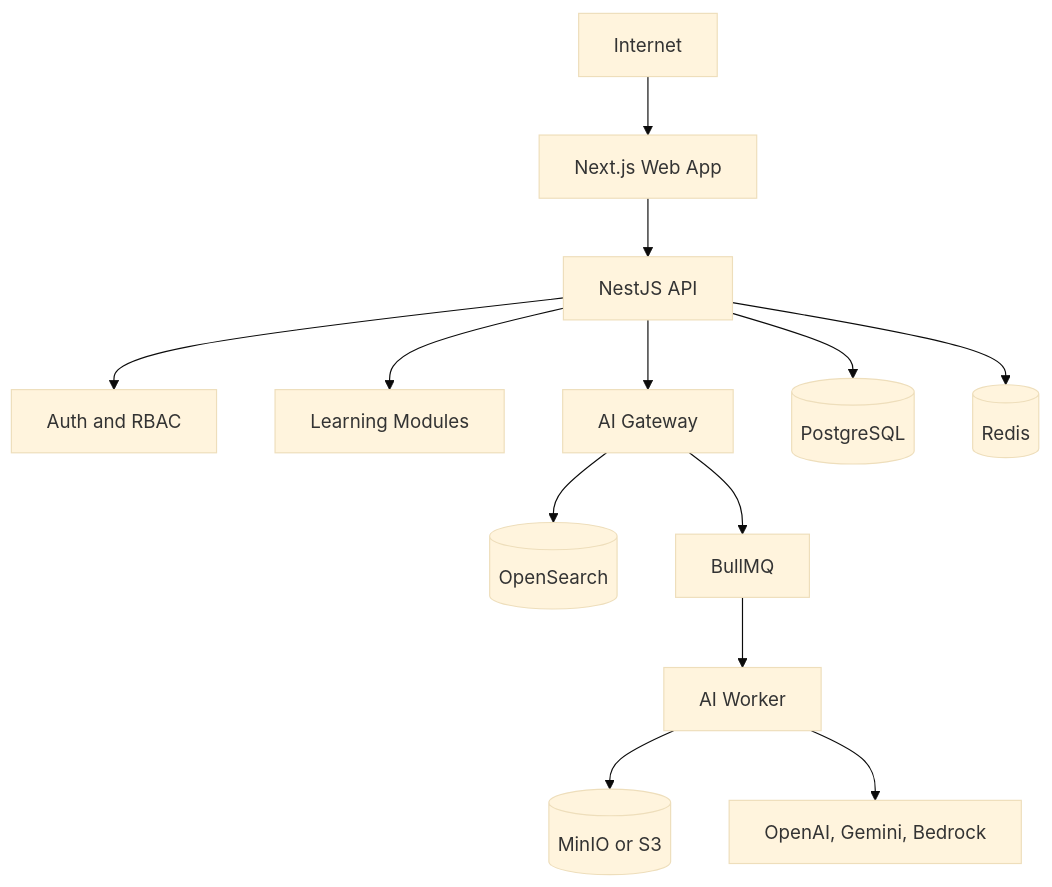
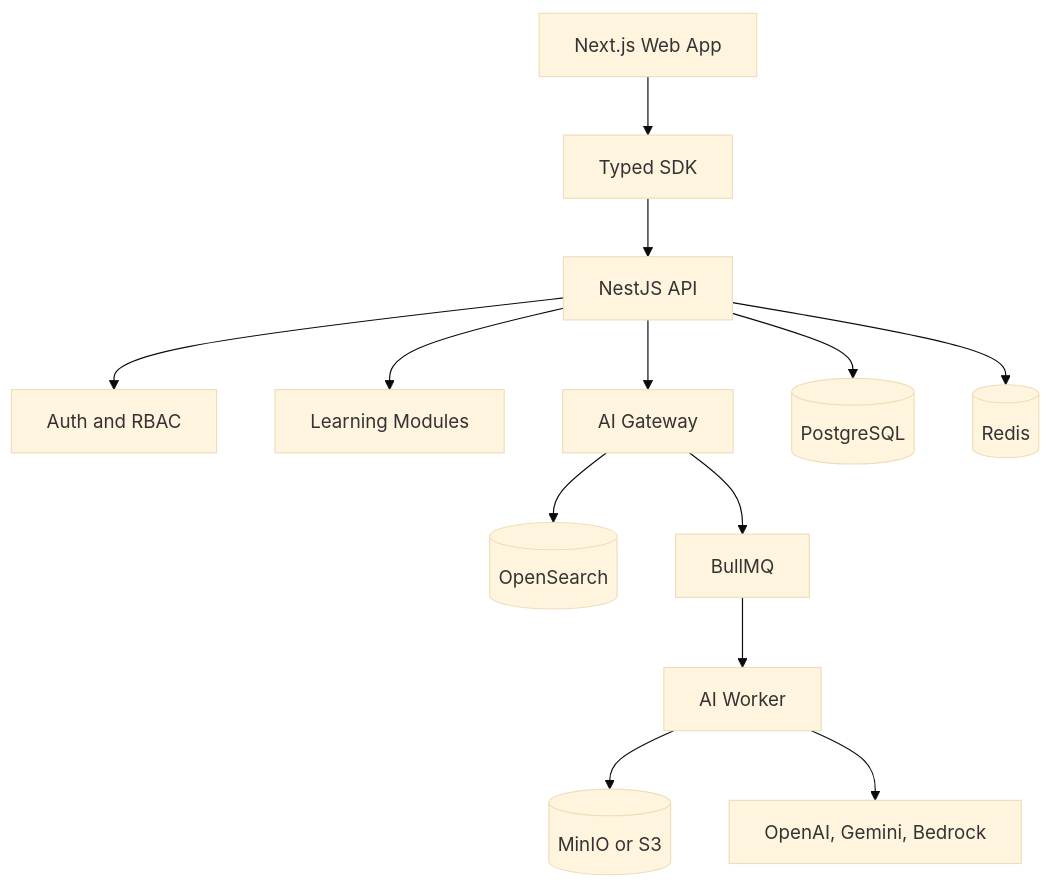
One commit to Viratsoam/EduOS changed the diagram in README.md. Above: the diagram before and after it, drawn with Mermaid (base theme). The commit also changed other lines of this file, not shown here.

Commit message:
Improve project roadmap README

````diff
--- a/README.md
+++ b/README.md
@@ -94,15 +203,15 @@
 ```mermaid
 flowchart TD
-  Internet[Internet] --> Web[Next.js Web App]
-  Web --> API[NestJS API]
+  Web[Next.js Web App] --> SDK[Typed SDK]
+  SDK --> API[NestJS API]
   API --> Auth[Auth and RBAC]
   API --> Learning[Learning Modules]
-  API --> AIGateway[AI Gateway]
-  API --> Postgres[(PostgreSQL)]
+  API --> AI[AI Gateway]
+  API --> DB[(PostgreSQL)]
   API --> Redis[(Redis)]
-  AIGateway --> Search[(OpenSearch)]
-  AIGateway --> Queue[BullMQ]
+  AI --> Search[(OpenSearch)]
+  AI --> Queue[BullMQ]
   Queue --> Worker[AI Worker]
   Worker --> Storage[(MinIO or S3)]
   Worker --> Models[OpenAI, Gemini, Bedrock]
 ```
````
